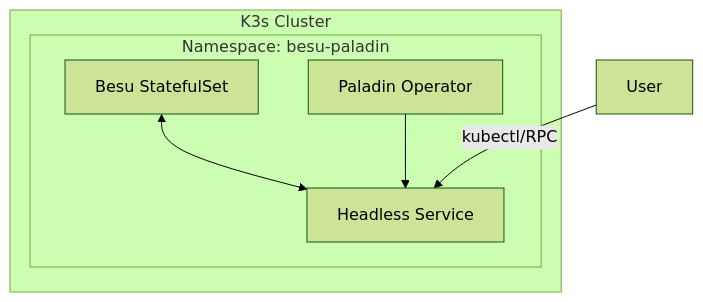
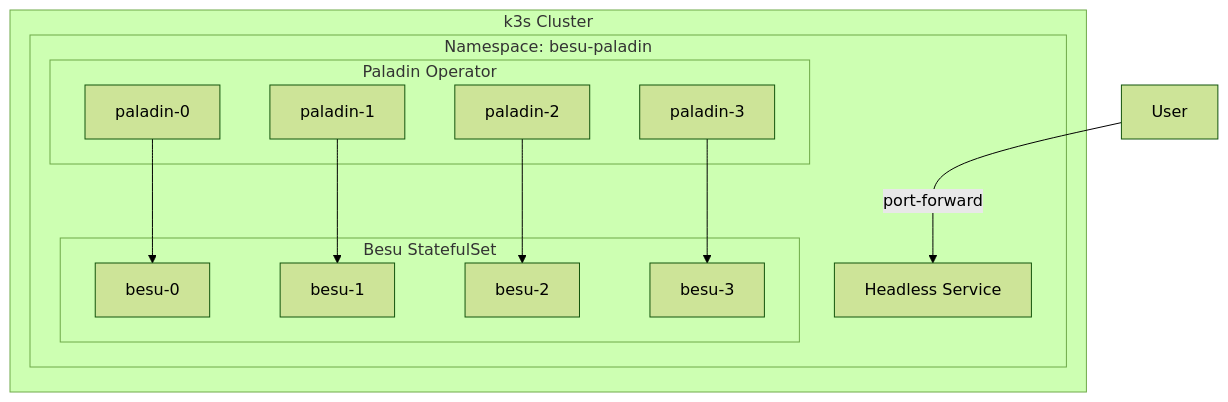
One commit to 0xredeth/Breizh changed the diagram in README.md. Above: the diagram before and after it, drawn with Mermaid (forest theme). The commit also changed other lines of this file and 9 other files, not shown here.

````diff
--- a/README.md
+++ b/README.md
@@ -68,10 +70,21 @@
 ```mermaid
 graph TD
-    subgraph K3s Cluster
-        subgraph Namespace: besu-paladin
-            B[Besu StatefulSet] <--> H[Headless Service]
-            P[Paladin Operator] --> H
+    subgraph K3s["k3s Cluster"]
+        subgraph NS["Namespace: besu-paladin"]
+            subgraph Besu["Besu StatefulSet"]
+                B0[besu-0]
+                B1[besu-1]
+                B2[besu-2]
+                B3[besu-3]
+            end
+            HL[Headless Service]
+            subgraph Paladin["Paladin Operator"]
+                P0[paladin-0] --> B0
+                P1[paladin-1] --> B1
+                P2[paladin-2] --> B2
+                P3[paladin-3] --> B3
+            end
         end
     end
-    User -->|kubectl/RPC| H
+    User -->|port-forward| HL
 ```
````
